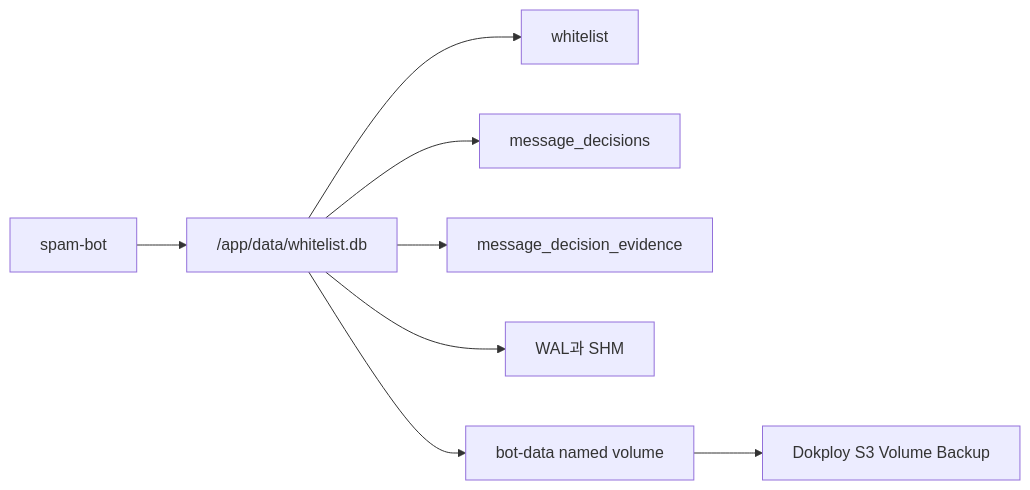
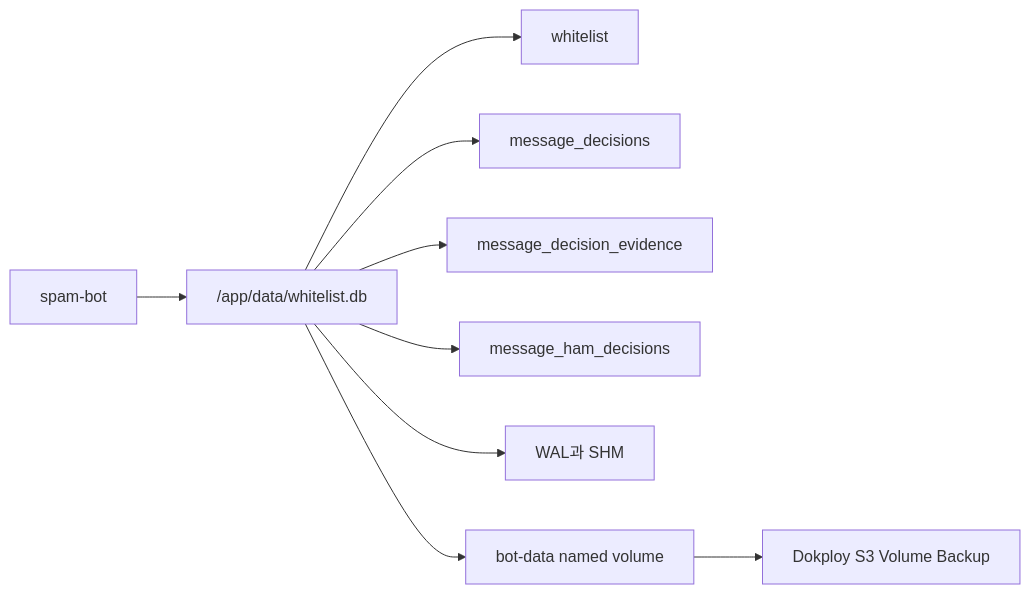
Before and after one commit to yldst-dev/fuckyou-spam-rs: the third of 5 diagrams in docs/ARCHITECTURE.md, drawn with Mermaid. The commit also changed other lines of this file and 37 other files, not shown here.

````diff
--- a/docs/ARCHITECTURE.md
+++ b/docs/ARCHITECTURE.md
@@ -76,10 +160,11 @@
 ```mermaid
 flowchart LR
     A["spam-bot"] --> B["/app/data/whitelist.db"]
     B --> C["whitelist"]
     B --> D["message_decisions"]
     B --> E["message_decision_evidence"]
+    B --> I["message_ham_decisions"]
     B --> F["WAL과 SHM"]
     B --> G["bot-data named volume"]
     G --> H["Dokploy S3 Volume Backup"]
 ```
````
